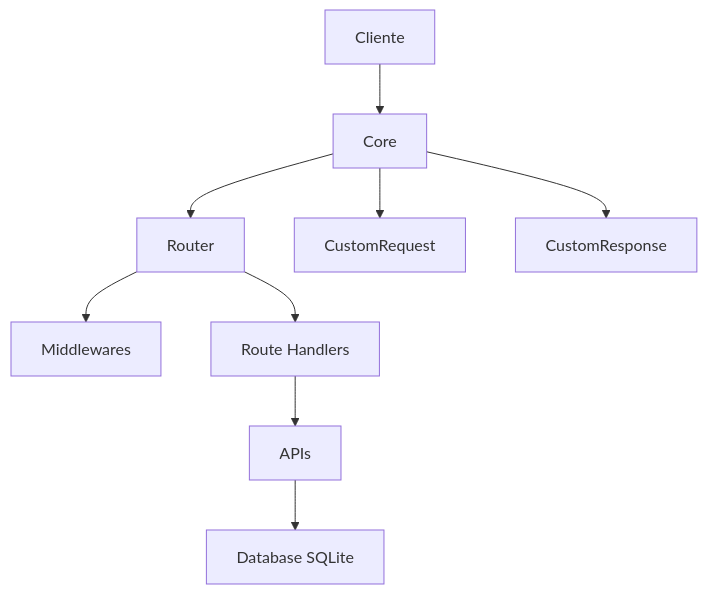
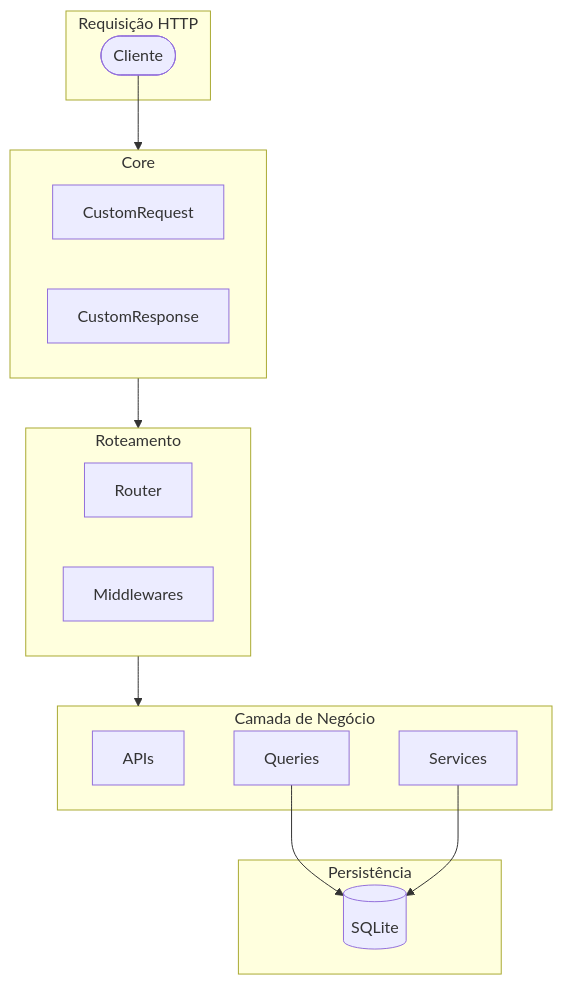
Before and after one commit to Fpanizio/LMS: the diagram in README.md, drawn with Mermaid. The commit also changed other lines of this file, not shown here.

````diff
--- a/README.md
+++ b/README.md
@@ -29,11 +30,33 @@
 ```mermaid
-flowchart TD
-    Client[Cliente] --> Core[Core]
-    Core --> Router[Router]
-    Core --> CustomReq[CustomRequest]
-    Core --> CustomRes[CustomResponse]
-    Router --> Middlewares[Middlewares]
-    Router --> Handlers[Route Handlers]
-    Handlers --> Api[APIs]
-    Api --> Database[Database SQLite]
+flowchart TB
+    subgraph Request["Requisição HTTP"]
+        Client([Cliente])
+    end
+
+    subgraph Core["Core"]
+        direction LR
+        CustomReq[CustomRequest]
+        CustomRes[CustomResponse]
+    end
+
+    subgraph Routing["Roteamento"]
+        Router[Router]
+        Middlewares[Middlewares]
+    end
+
+    subgraph Business["Camada de Negócio"]
+        Api[APIs]
+        Query[Queries]
+        Services[Services]
+    end
+
+    subgraph Data["Persistência"]
+        Database[(SQLite)]
+    end
+
+    Client --> Core
+    Core --> Routing
+    Routing --> Business
+    Query --> Database
+    Services --> Database
 ```
````
